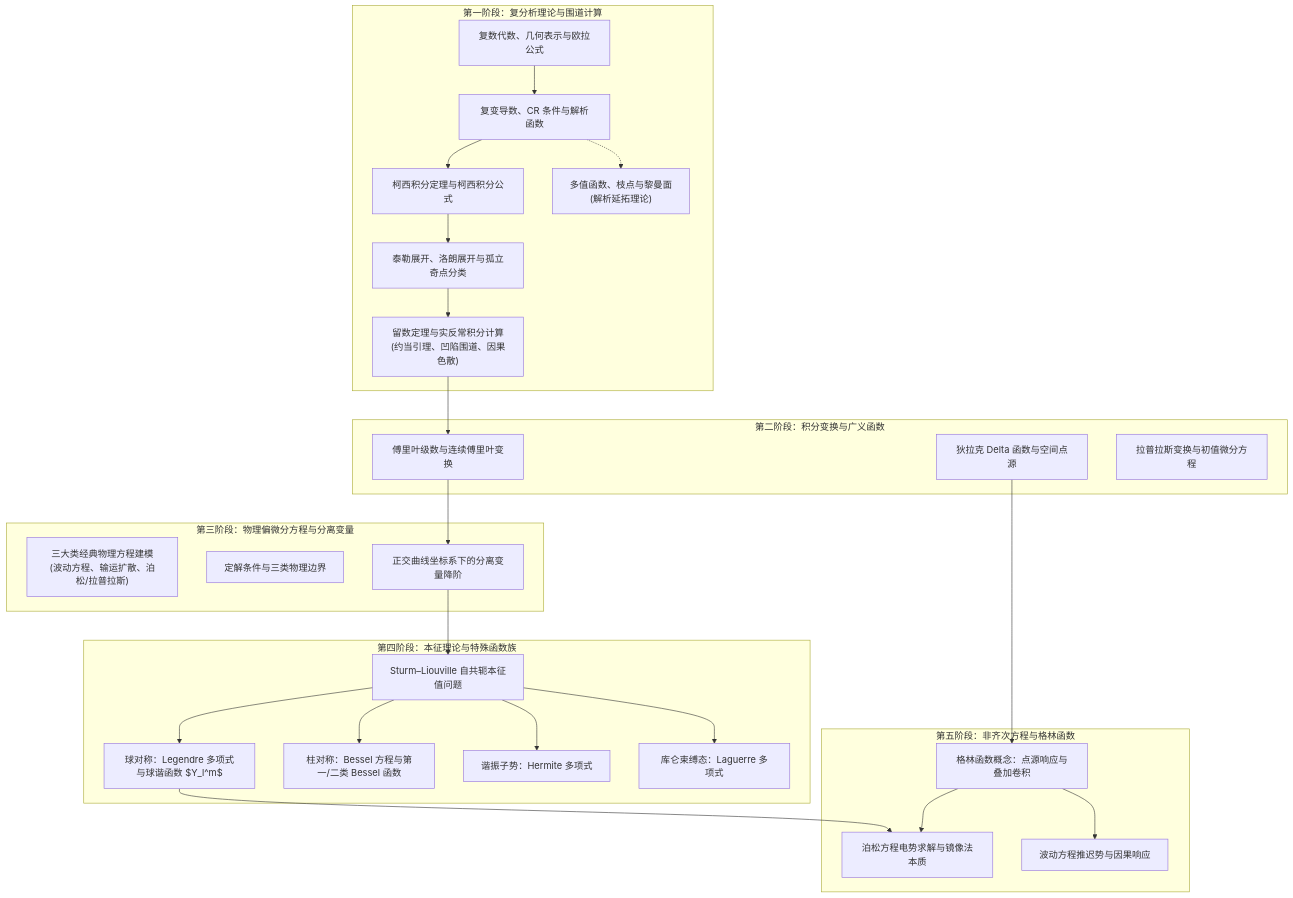
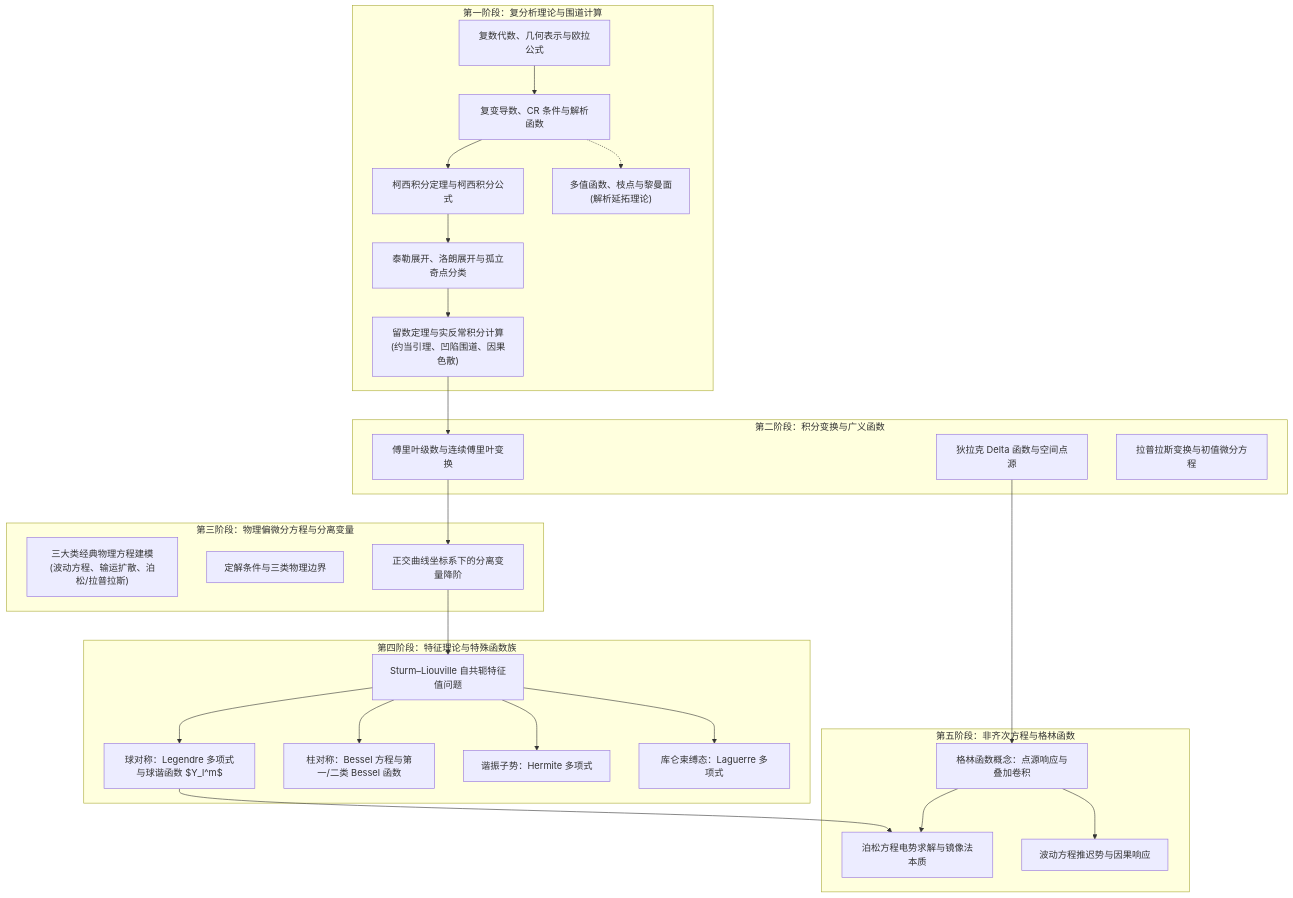
Before and after one commit to Physics-Learning-Wiki/Physics-Learning-Wiki: the diagram in docs/courses/mathematical-methods-for-physics.md, drawn with Mermaid. The commit also changed other lines of this file and 52 other files, not shown here.

````diff
--- a/docs/courses/mathematical-methods-for-physics.md
+++ b/docs/courses/mathematical-methods-for-physics.md
@@ -51,49 +51,49 @@
 ```mermaid
 flowchart TD
     subgraph Part1 ["第一阶段：复分析理论与围道计算"]
         A1["复数代数、几何表示与欧拉公式"] --> A2["复变导数、CR 条件与解析函数"]
         A2 --> A3["柯西积分定理与柯西积分公式"]
         A3 --> A4["泰勒展开、洛朗展开与孤立奇点分类"]
         A4 --> A5["留数定理与实反常积分计算<br/>(约当引理、凹陷围道、因果色散)"]
         
         A2 -.-> A6["多值函数、枝点与黎曼面<br/>(解析延拓理论)"]
     end
     
     subgraph Part2 ["第二阶段：积分变换与广义函数"]
         B1["狄拉克 Delta 函数与空间点源"]
         B2["傅里叶级数与连续傅里叶变换"]
         B3["拉普拉斯变换与初值微分方程"]
     end
     
     subgraph Part3 ["第三阶段：物理偏微分方程与分离变量"]
         C1["三大类经典物理方程建模<br/>(波动方程、输运扩散、泊松/拉普拉斯)"]
         C2["定解条件与三类物理边界"]
         C3["正交曲线坐标系下的分离变量降阶"]
     end
     
-    subgraph Part4 ["第四阶段：本征理论与特殊函数族"]
-        D1["Sturm–Liouville 自共轭本征值问题"]
+    subgraph Part4 ["第四阶段：特征理论与特殊函数族"]
+        D1["Sturm–Liouville 自共轭特征值问题"]
         D2["球对称：Legendre 多项式与球谐函数 $Y_l^m$"]
         D3["柱对称：Bessel 方程与第一/二类 Bessel 函数"]
         D4["谐振子势：Hermite 多项式"]
         D5["库仑束缚态：Laguerre 多项式"]
     end
     
     subgraph Part5 ["第五阶段：非齐次方程与格林函数"]
         E1["格林函数概念：点源响应与叠加卷积"]
         E2["泊松方程电势求解与镜像法本质"]
         E3["波动方程推迟势与因果响应"]
     end
     
     A5 --> B2
     B1 --> E1
     B2 --> C3
     C3 --> D1
     D1 --> D2
     D1 --> D3
     D1 --> D4
     D1 --> D5
     D2 --> E2
     E1 --> E2
     E1 --> E3
 ```
````
